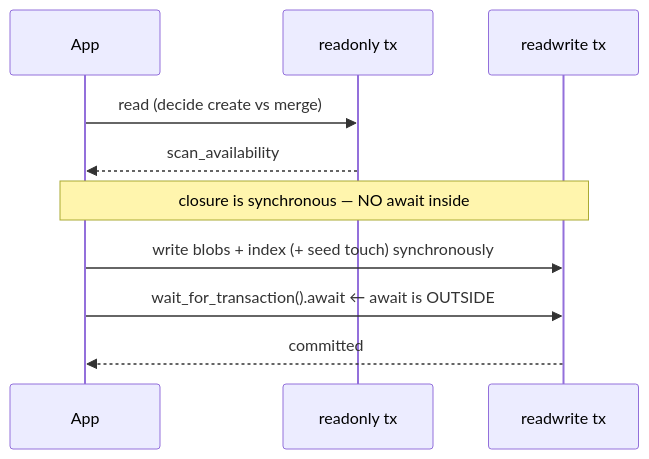
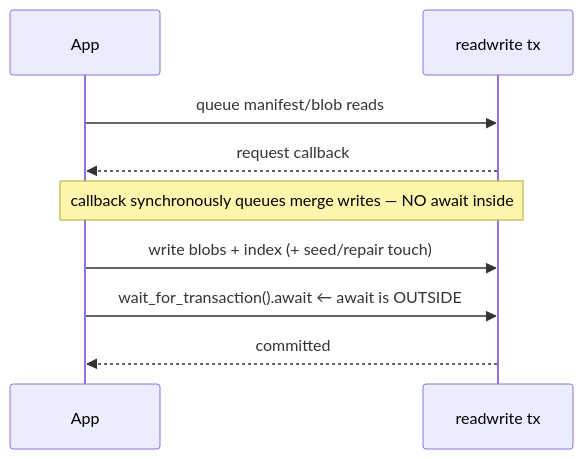
Diagram 15 of 22 in docs/ARCHITECTURE_DIAGRAMS.md (danielway/nexrad-workbench), drawn with Mermaid before and after one commit. The commit also changed other lines of this file and 7 other files, not shown here.

````diff
--- a/docs/ARCHITECTURE_DIAGRAMS.md
+++ b/docs/ARCHITECTURE_DIAGRAMS.md
@@ -643,12 +643,11 @@
 ```mermaid
 sequenceDiagram
     participant App
-    participant RO as readonly tx
     participant RW as readwrite tx
-    App->>RO: read (decide create vs merge)
-    RO-->>App: scan_availability
-    Note over App,RW: closure is synchronous — NO await inside
-    App->>RW: write blobs + index (+ seed touch) synchronously
+    App->>RW: queue manifest/blob reads
+    RW-->>App: request callback
+    Note over App,RW: callback synchronously queues merge writes — NO await inside
+    App->>RW: write blobs + index (+ seed/repair touch)
     App->>RW: wait_for_transaction().await  ← await is OUTSIDE
     RW-->>App: committed
 ```
````
